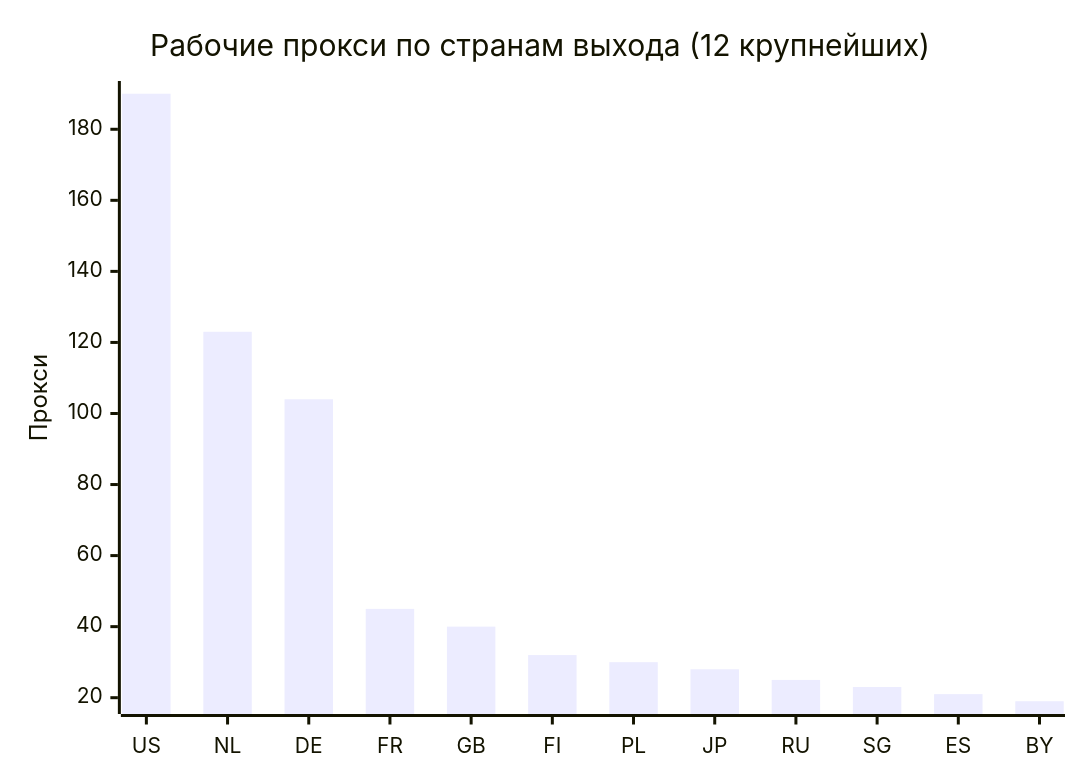
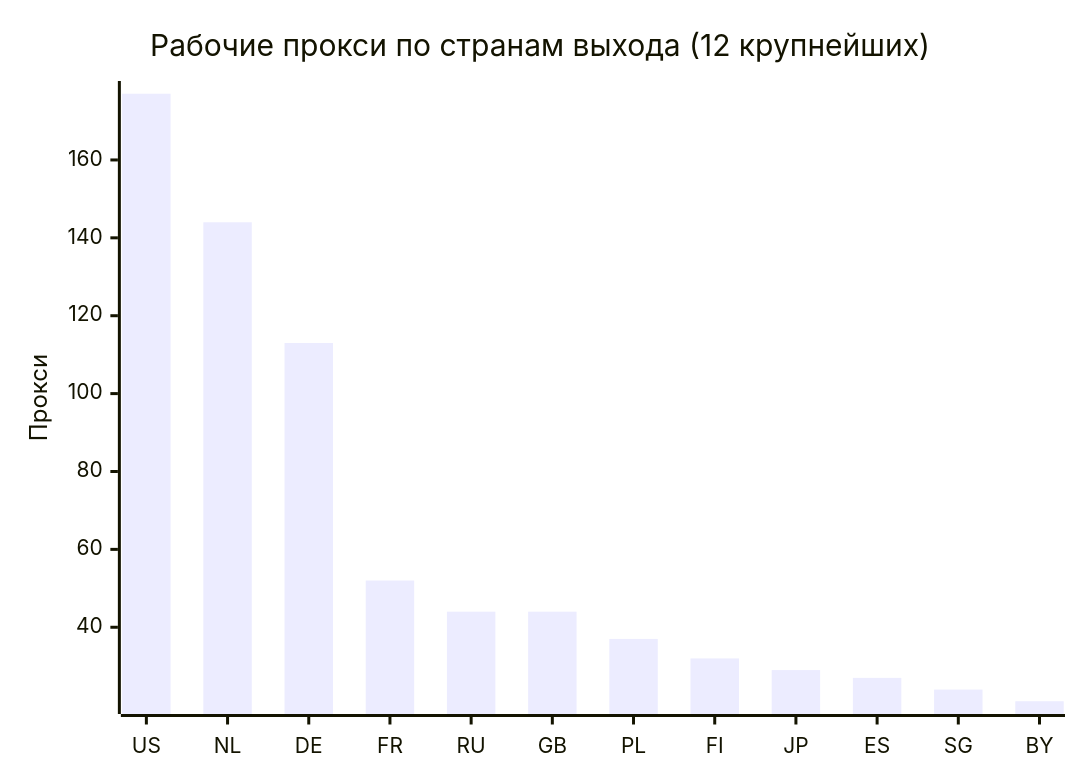
Before and after one commit to rvvg/proxy-subs: the second of 4 diagrams in README.md, drawn with Mermaid. The commit also changed other lines of this file and 49 other files, not shown here.

````diff
--- a/README.md
+++ b/README.md
@@ -127,7 +130,7 @@
 ```mermaid
 xychart-beta
     title "Рабочие прокси по странам выхода (12 крупнейших)"
-    x-axis ["US", "NL", "DE", "FR", "GB", "FI", "PL", "JP", "RU", "SG", "ES", "BY"]
+    x-axis ["US", "NL", "DE", "FR", "RU", "GB", "PL", "FI", "JP", "ES", "SG", "BY"]
     y-axis "Прокси"
-    bar [190, 123, 104, 45, 40, 32, 30, 28, 25, 23, 21, 19]
+    bar [177, 144, 113, 52, 44, 44, 37, 32, 29, 27, 24, 21]
 ```
````
